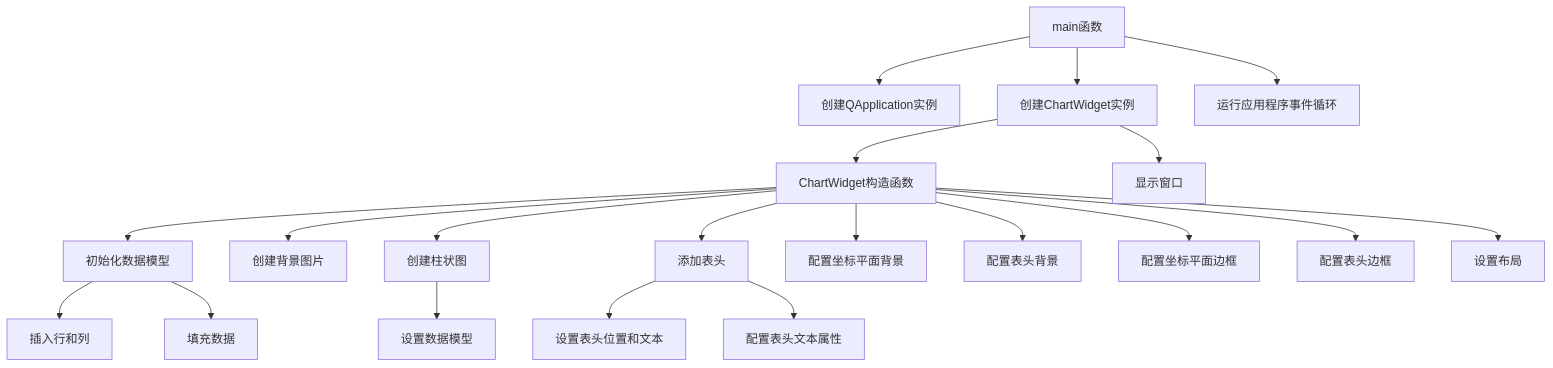
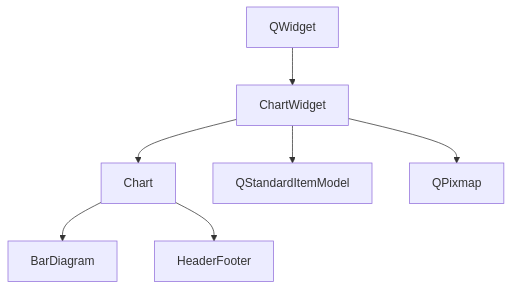
One commit to cheng25/KDChart changed the first of 2 diagrams in examples/Background/README.md. Above: the diagram before and after it, drawn with Mermaid. The commit also changed other lines of this file and 49 other files, not shown here.

````diff
--- a/examples/Background/README.md
+++ b/examples/Background/README.md
@@ -105,22 +41,9 @@
 ```mermaid
 graph TD
-    A[main函数] --> B[创建QApplication实例]
-    A --> C[创建ChartWidget实例]
-    C --> D[ChartWidget构造函数]
-    D --> E[初始化数据模型]
-    E --> F[插入行和列]
-    E --> G[填充数据]
-    D --> H[创建背景图片]
-    D --> I[创建柱状图]
-    I --> J[设置数据模型]
-    D --> K[添加表头]
-    K --> L[设置表头位置和文本]
-    K --> M[配置表头文本属性]
-    D --> N[配置坐标平面背景]
-    D --> O[配置表头背景]
-    D --> P[配置坐标平面边框]
-    D --> Q[配置表头边框]
-    D --> R[设置布局]
-    C --> S[显示窗口]
-    A --> T[运行应用程序事件循环]
+    A[QWidget] --> B[ChartWidget]
+    B --> C[Chart]
+    B --> D[QStandardItemModel]
+    B --> E[QPixmap]
+    C --> F[BarDiagram]
+    C --> G[HeaderFooter]
 ```
````
